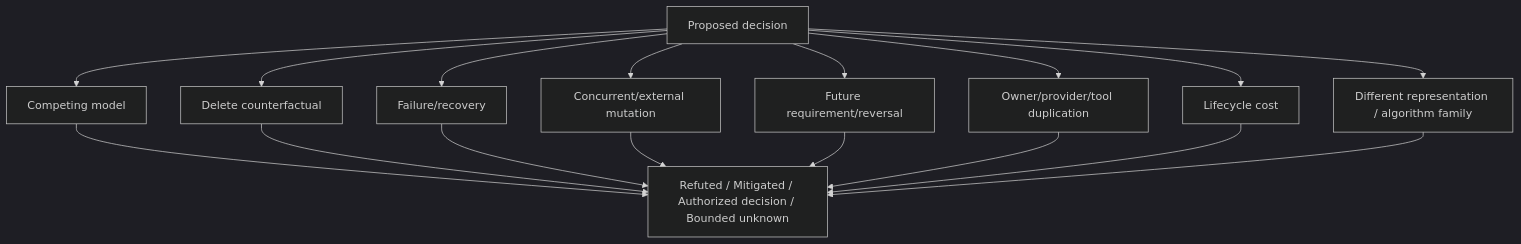
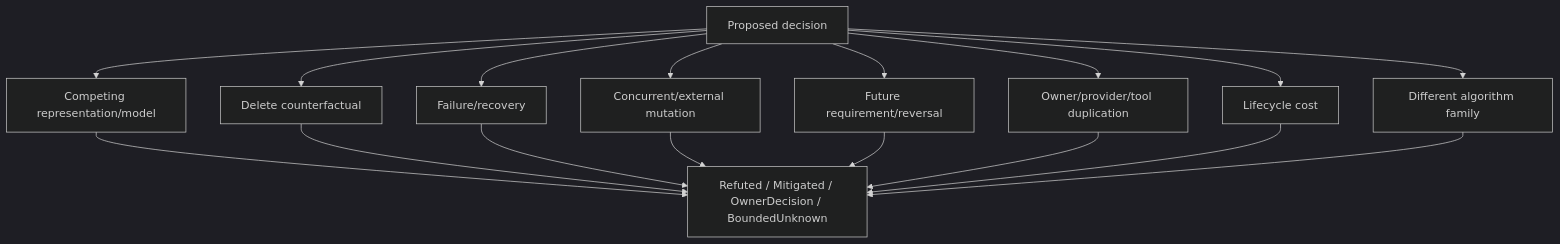
One commit to sec-platform/sec changed the first of 3 diagrams in docs/agent-constitution/execution-and-recovery.md. Above: the diagram before and after it, drawn with Mermaid (dark theme). The commit also changed other lines of this file, not shown here.

Commit message:
docs: make delegation modes the sole delegation owner

````diff
--- a/docs/agent-constitution/execution-and-recovery.md
+++ b/docs/agent-constitution/execution-and-recovery.md
@@ -15,19 +13,19 @@
 ```mermaid
 flowchart TB
-  T[Proposed decision] --> C1[Competing model]
+  T[Proposed decision] --> C1[Competing representation/model]
   T --> C2[Delete counterfactual]
   T --> C3[Failure/recovery]
   T --> C4[Concurrent/external mutation]
   T --> C5[Future requirement/reversal]
   T --> C6[Owner/provider/tool duplication]
   T --> C7[Lifecycle cost]
-  T --> C8[Different representation / algorithm family]
-  C1 --> V[Refuted / Mitigated / Authorized decision / Bounded unknown]
+  T --> C8[Different algorithm family]
+  C1 --> V[Refuted / Mitigated / OwnerDecision / BoundedUnknown]
   C2 --> V
   C3 --> V
   C4 --> V
   C5 --> V
   C6 --> V
   C7 --> V
   C8 --> V
 ```
````
